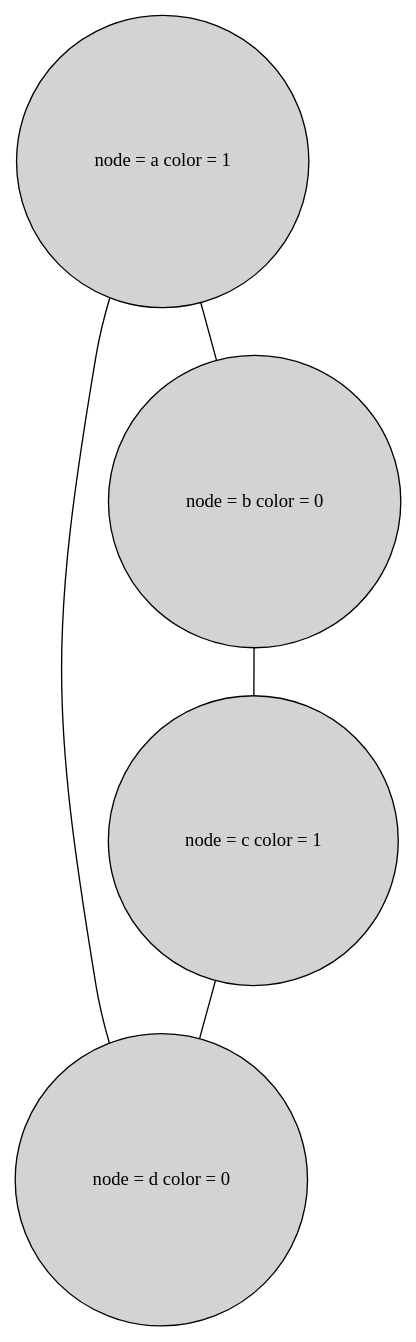
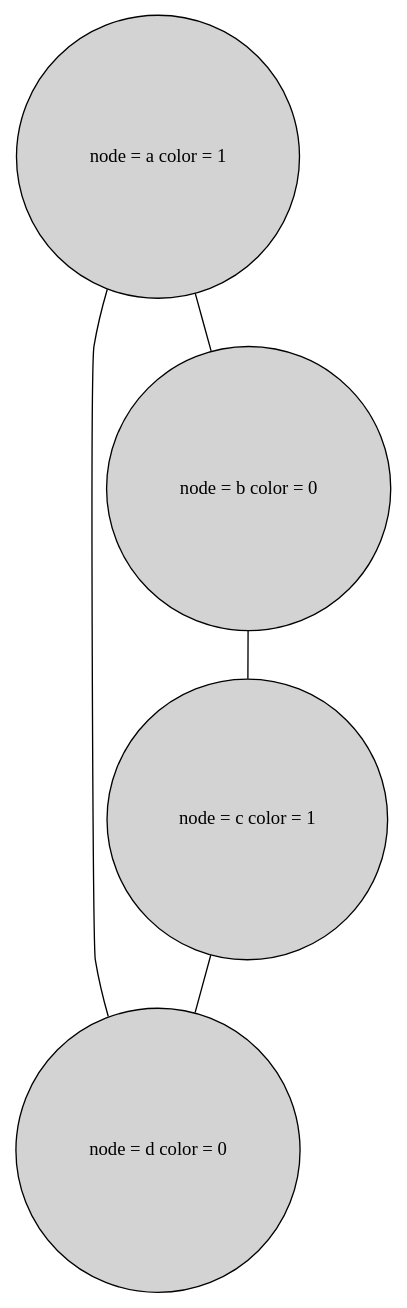
Before and after one commit to zakoo20122/gceda: the diagram in c4.dot, drawn with Graphviz. The commit also changed 8 other files, not shown here.

```diff
--- a/c4.dot
+++ b/c4.dot
@@ -1,11 +1,11 @@
 graph G { 
 graph [splines = true] node [height=0.4 shape=circle style=filled]
-d [ label= " node = d color = 0"] ;
-b [ label= " node = b color = 0"] ;
-c [ label= " node = c color = 1"] ;
-a [ label= " node = a color = 1"] ;
+d [ label= "node = d color = 0"] ;
+b [ label= "node = b color = 0"] ;
+c [ label= "node = c color = 1"] ;
+a [ label= "node = a color = 1"] ;
 b -- c;
 c -- d;
 a -- b;
 a -- d;
 }
```
